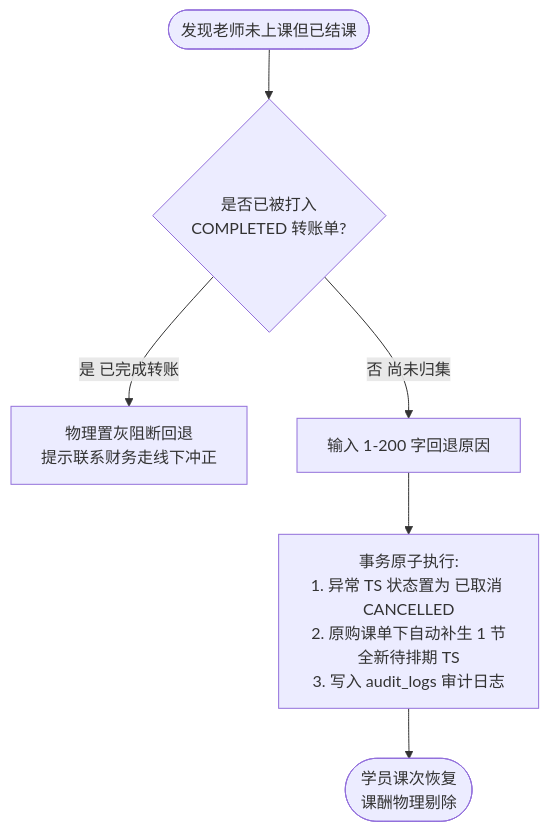
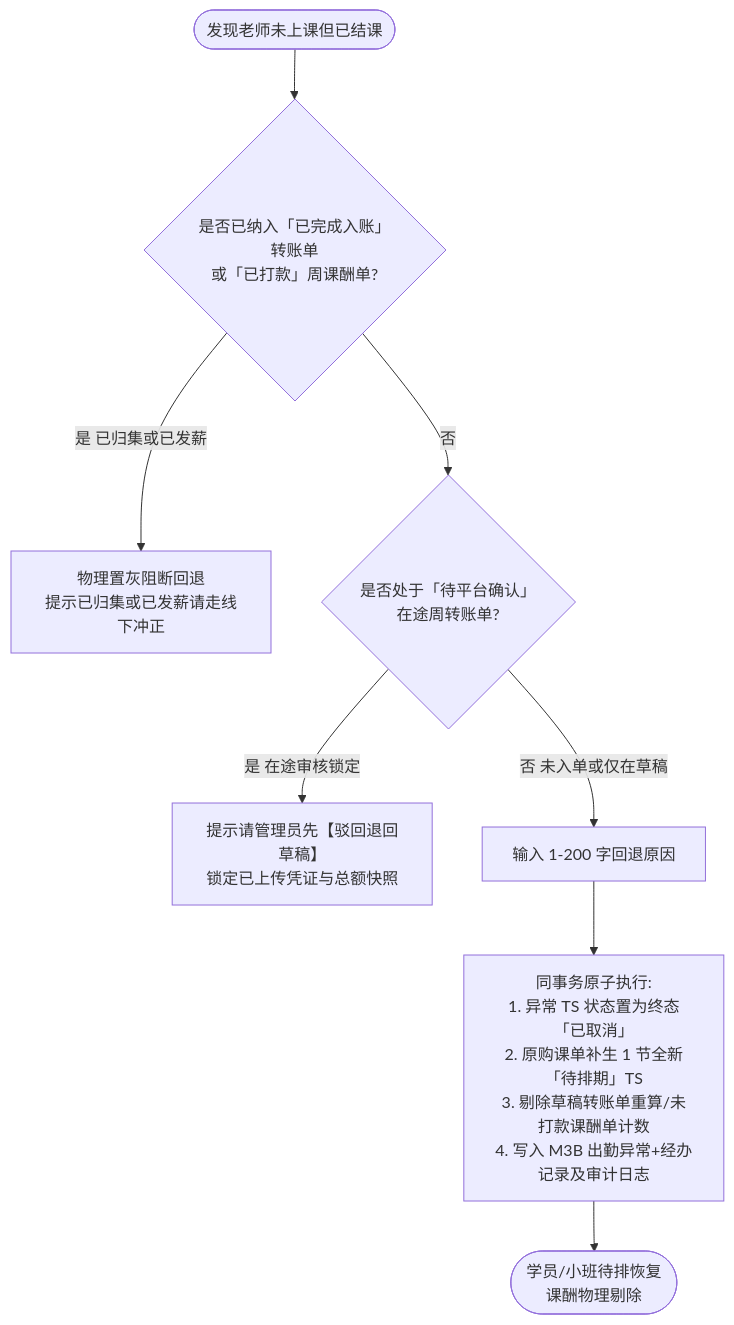
The third of 5 diagrams in docs/prd/m5a_transfer_collection.md (Onezao/dream), drawn with Mermaid before and after one commit. The commit also changed other lines of this file and 38 other files, not shown here.

````diff
--- a/docs/prd/m5a_transfer_collection.md
+++ b/docs/prd/m5a_transfer_collection.md
@@ -421,8 +450,10 @@
 ```mermaid
 flowchart TD
-    ExStart([发现老师未上课但已结课]) --> CheckSettled{是否已被打入\nCOMPLETED 转账单?}
-    CheckSettled -- 是 已完成转账 --> DenyRollback["物理置灰阻断回退\n提示联系财务走线下冲正"]
-    CheckSettled -- 否 尚未归集 --> InputReason[输入 1-200 字回退原因]
-    InputReason --> AtomicRollback["事务原子执行:\n1. 异常 TS 状态置为 已取消 CANCELLED\n2. 原购课单下自动补生 1 节全新待排期 TS\n3. 写入 audit_logs 审计日志"]
-    AtomicRollback --> RollbackEnd([学员课次恢复\n课酬物理剔除])
+    ExStart([发现老师未上课但已结课]) --> CheckSettled{"是否已纳入「已完成入账」转账单\n或「已打款」周课酬单?"}
+    CheckSettled -- 是 已归集或已发薪 --> DenyRollback["物理置灰阻断回退\n提示已归集或已发薪请走线下冲正"]
+    CheckSettled -- 否 --> CheckPending{"是否处于「待平台确认」\n在途周转账单?"}
+    CheckPending -- 是 在途审核锁定 --> PromptReject["提示请管理员先【驳回退回草稿】\n锁定已上传凭证与总额快照"]
+    CheckPending -- 否 未入单或仅在草稿 --> InputReason[输入 1-200 字回退原因]
+    InputReason --> AtomicRollback["同事务原子执行:\n1. 异常 TS 状态置为终态「已取消」\n2. 原购课单补生 1 节全新「待排期」TS\n3. 剔除草稿转账单重算/未打款课酬单计数\n4. 写入 M3B 出勤异常+经办记录及审计日志"]
+    AtomicRollback --> RollbackEnd([学员/小班待排恢复\n课酬物理剔除])
 ```
````
